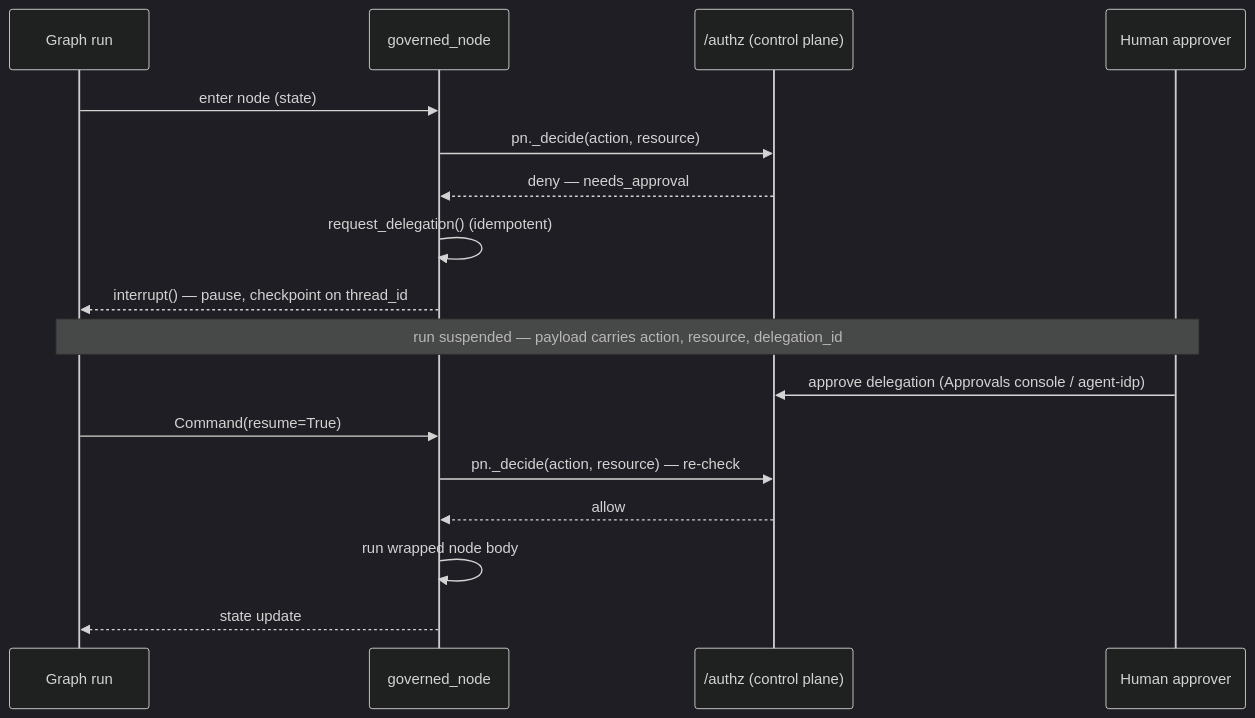
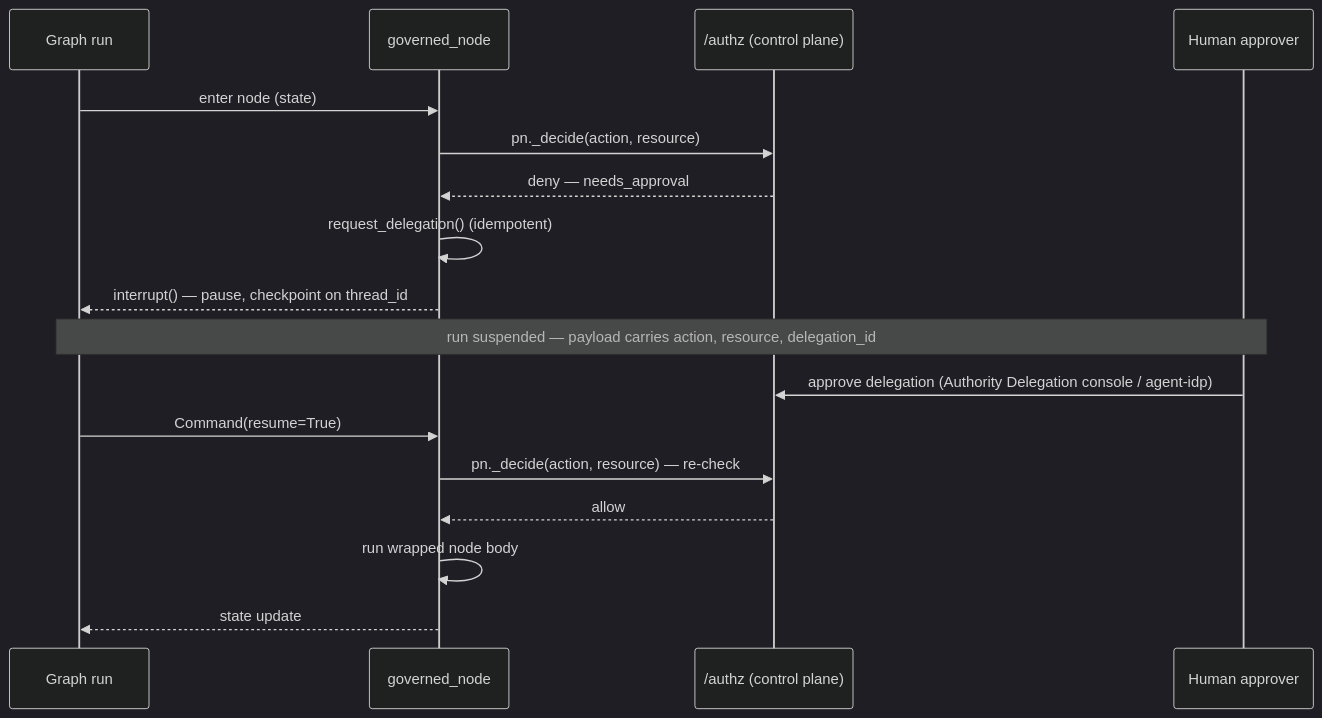
One commit to remrem-apps/palonexus-web changed the diagram in src/content/docs/sdk/langgraph.md. Above: the diagram before and after it, drawn with Mermaid (dark theme). The commit also changed other lines of this file and 27 other files, not shown here.

````diff
--- a/src/content/docs/sdk/langgraph.md
+++ b/src/content/docs/sdk/langgraph.md
@@ -29,20 +29,20 @@
 ```mermaid
 sequenceDiagram
     participant G as Graph run
     participant N as governed_node
     participant A as /authz (control plane)
     participant H as Human approver
 
     G->>N: enter node (state)
     N->>A: pn._decide(action, resource)
     A-->>N: deny — needs_approval
     N->>N: request_delegation() (idempotent)
     N-->>G: interrupt() — pause, checkpoint on thread_id
     Note over G,H: run suspended — payload carries action, resource, delegation_id
-    H->>A: approve delegation (Approvals console / agent-idp)
+    H->>A: approve delegation (Authority Delegation console / agent-idp)
     G->>N: Command(resume=True)
     N->>A: pn._decide(action, resource) — re-check
     A-->>N: allow
     N->>N: run wrapped node body
     N-->>G: state update
 ```
````
